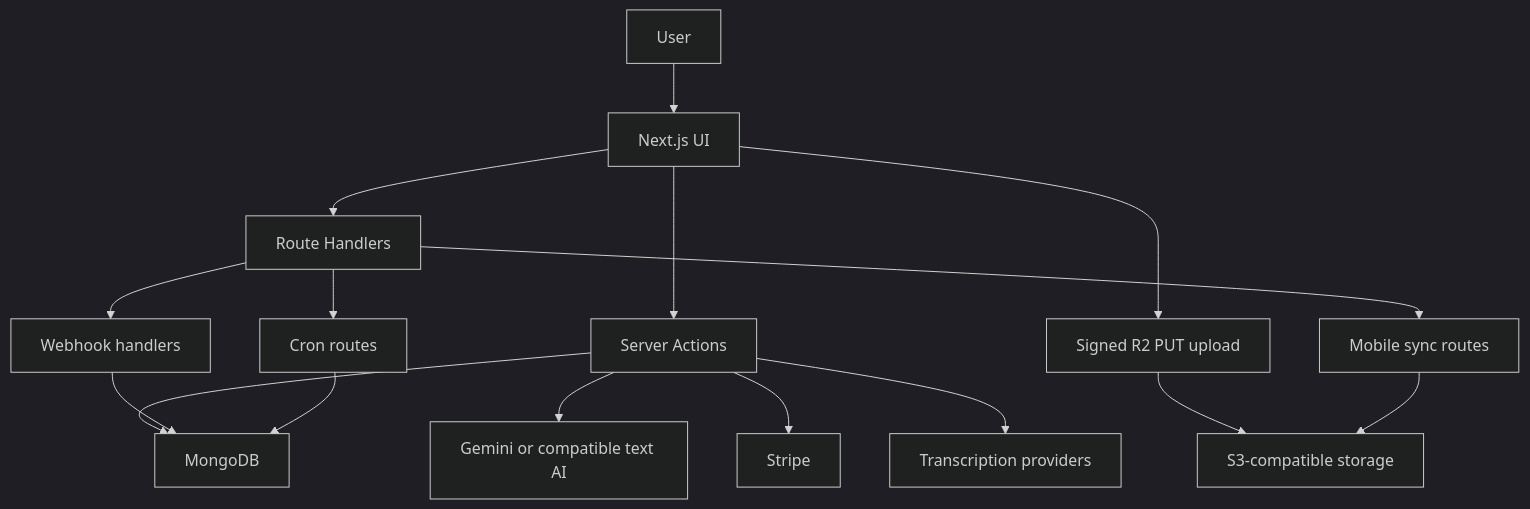
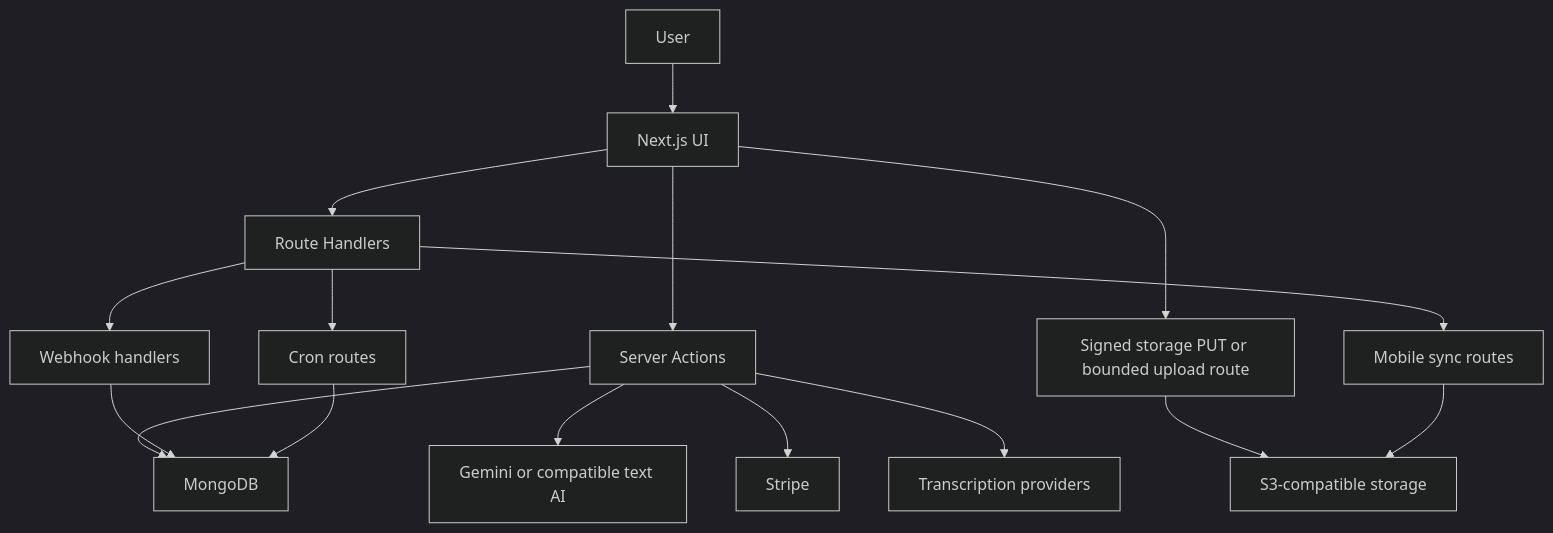
The diagram in docs/architecture.md (virusz4274/callery), drawn with Mermaid (dark theme) before and after one commit. The commit also changed other lines of this file and 18 other files, not shown here.

````diff
--- a/docs/architecture.md
+++ b/docs/architecture.md
@@ -19,21 +19,21 @@
 ```mermaid
 graph TD
     User["User"] --> UI["Next.js UI"]
     UI --> SA["Server Actions"]
     UI --> API["Route Handlers"]
-    UI --> R2PUT["Signed R2 PUT upload"]
+    UI --> R2PUT["Signed storage PUT or bounded upload route"]
 
     SA --> Mongo["MongoDB"]
     SA --> Gemini["Gemini or compatible text AI"]
     SA --> Stripe["Stripe"]
     SA --> Providers["Transcription providers"]
 
     API --> Webhooks["Webhook handlers"]
     API --> Cron["Cron routes"]
     API --> Mobile["Mobile sync routes"]
 
     R2PUT --> R2["S3-compatible storage"]
     Webhooks --> Mongo
     Cron --> Mongo
     Mobile --> R2
 ```
````
